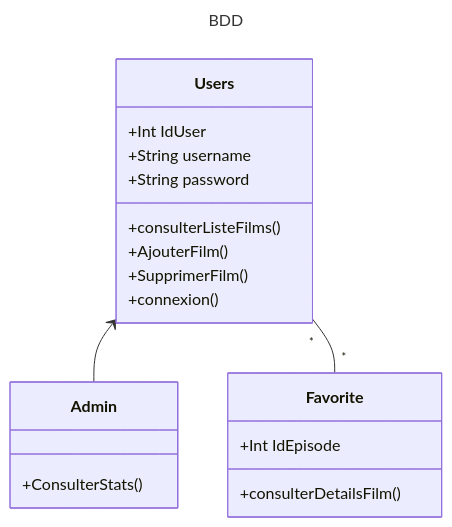
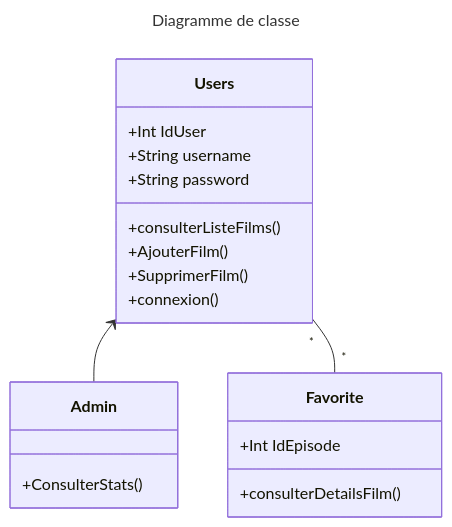
Before and after one commit to DCodeProg/StarFilm: the diagram in README.md, drawn with Mermaid. The commit also changed other lines of this file, not shown here.

Commit message:
doc: modif UML

````diff
--- a/README.md
+++ b/README.md
@@ -101,26 +106,26 @@
 ```mermaid
 ---
-title: BDD
+title: Diagramme de classe
 ---
 classDiagram
 
     Users <-- Admin
     Users "*" -- "*" Favorite
 
     class Users{
         +Int IdUser
         +String username
         +String password
         +consulterListeFilms()
         +AjouterFilm()
         +SupprimerFilm()
         +connexion()
     }
     class Admin{
         +ConsulterStats()
     }
     class Favorite{
         +Int IdEpisode
         +consulterDetailsFilm()
     }
 ``` 
````
